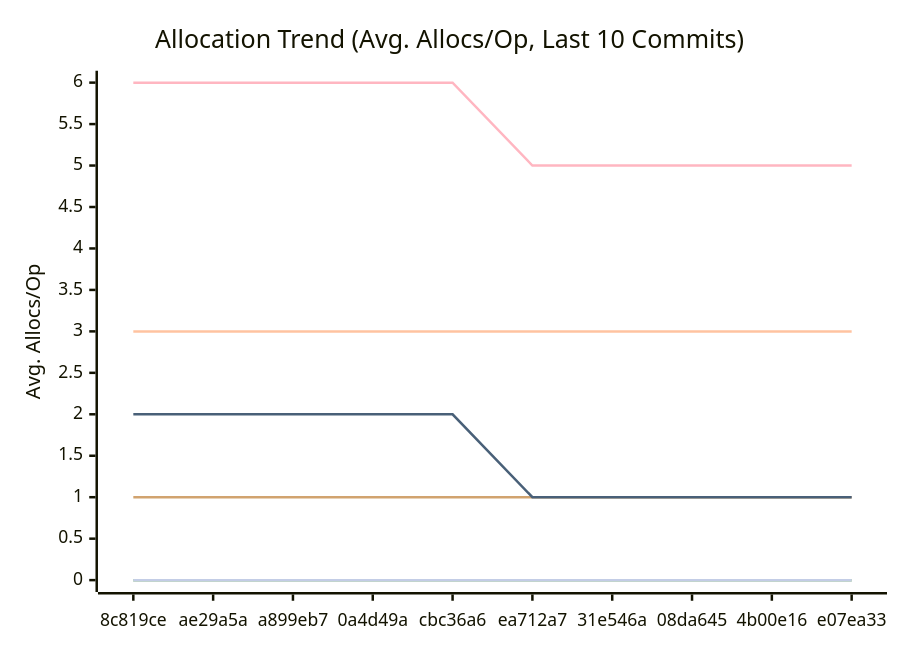
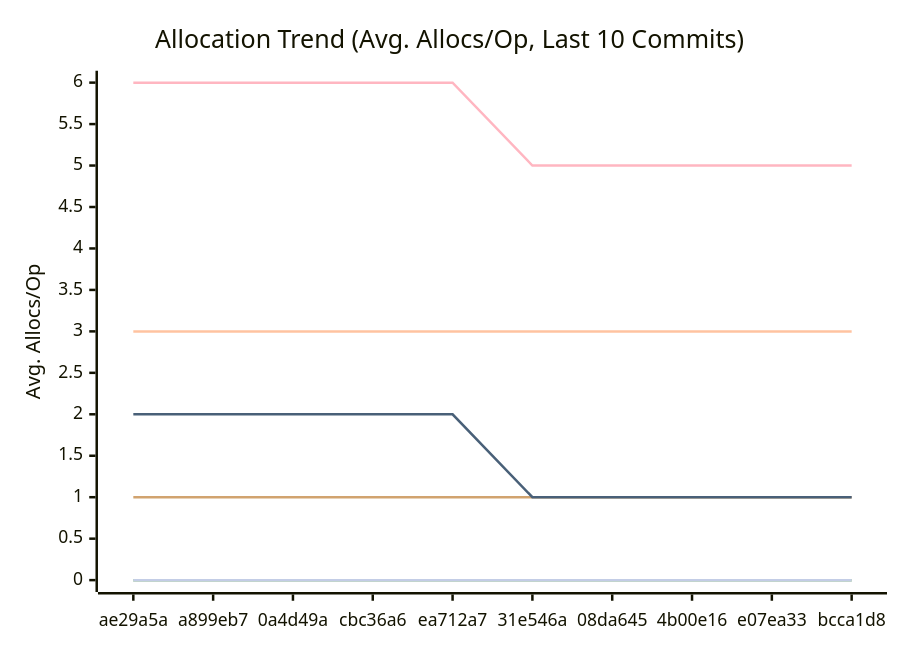
One commit to alsotoes/momo changed the third of 3 diagrams in docs/PERFORMANCE.md. Above: the diagram before and after it, drawn with Mermaid. The commit also changed other lines of this file and 1 other file, not shown here.

````diff
--- a/docs/PERFORMANCE.md
+++ b/docs/PERFORMANCE.md
@@ -114,16 +114,16 @@
 ```mermaid
 xychart-beta
     title "Allocation Trend (Avg. Allocs/Op, Last 10 Commits)"
     x-axis "Commit"
     y-axis "Avg. Allocs/Op"
-    x-axis [8c819ce,ae29a5a,a899eb7,0a4d49a,cbc36a6,ea712a7,31e546a,08da645,4b00e16,e07ea33]
+    x-axis [ae29a5a,a899eb7,0a4d49a,cbc36a6,ea712a7,31e546a,08da645,4b00e16,e07ea33,bcca1d8]
     line "CheckMetricsAndSwap" [0,0,0,0,0,0,0,0,0,0]
     line "CrushOptimized" [0,0,0,0,0,0,0,0,0,0]
     line "CrushOriginal" [3,3,3,3,3,3,3,3,3,3]
     line "IndexDirectTracking" [0,0,0,0,0,0,0,0,0,0]
     line "IndexSearch" [0,0,0,0,0,0,0,0,0,0]
     line "LoadGlobalConfig" [1,1,1,1,1,1,1,1,1,1]
     line "PadString" [0,0,0,0,0,0,0,0,0,0]
     line "ParseReplicationOrder_NoPrealloc" [6,6,6,6,6,5,5,5,5,5]
     line "ParseReplicationOrder_Prealloc" [2,2,2,2,2,1,1,1,1,1]
 ```
````
